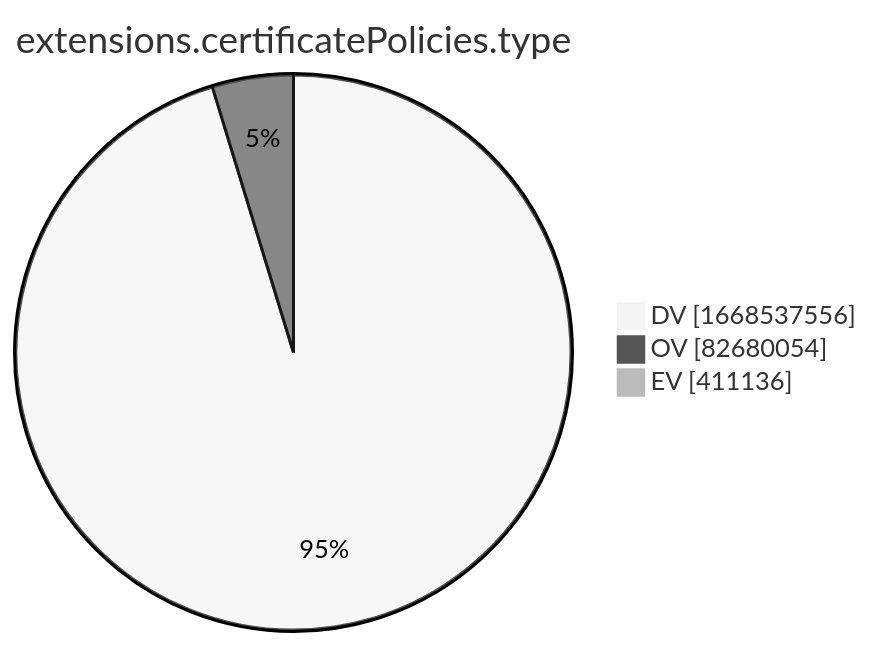
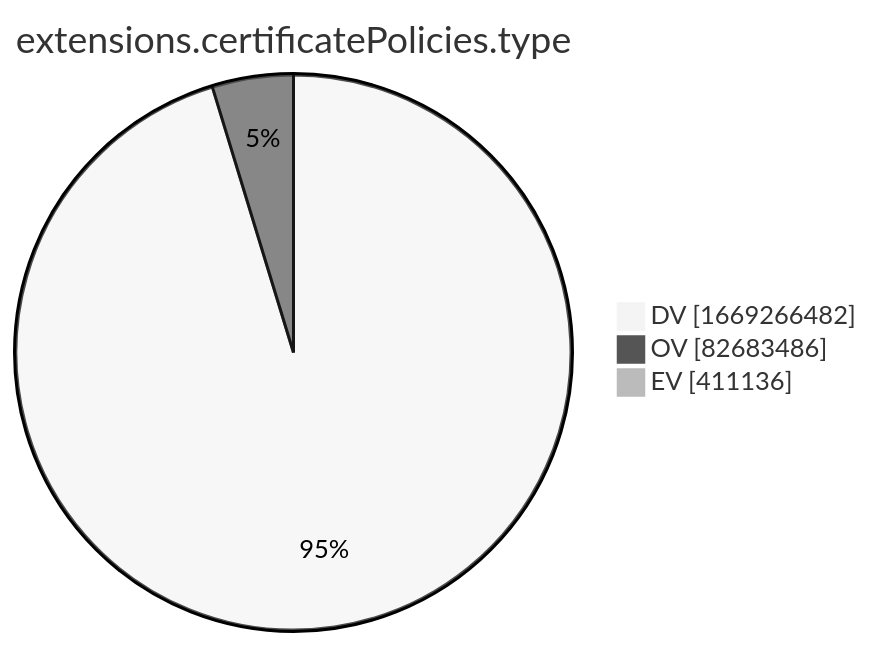
The tenth of 15 diagrams in xenon2022/README.md (christiankrug/ctmonitor_visualization), drawn with Mermaid (neutral theme) before and after one commit. The commit also changed other lines of this file, not shown here.

````diff
--- a/xenon2022/README.md
+++ b/xenon2022/README.md
@@ -2880,7 +2880,7 @@
 ```mermaid
 pie showData
 title extensions.certificatePolicies.type
-"DV" :1668537556
-"OV" :82680054
+"DV" :1669266482
+"OV" :82683486
 "EV" :411136
 ```
````
